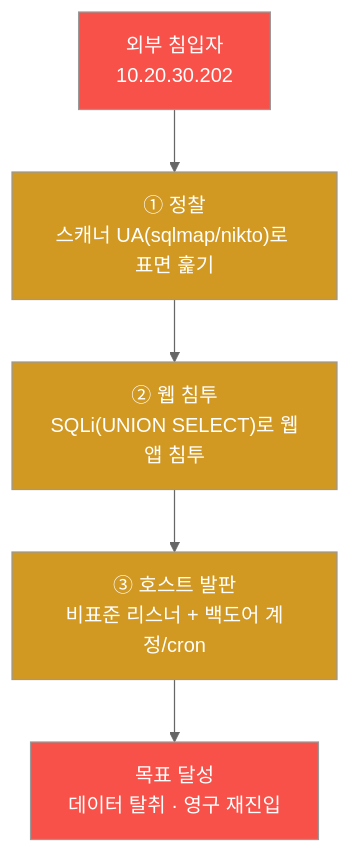
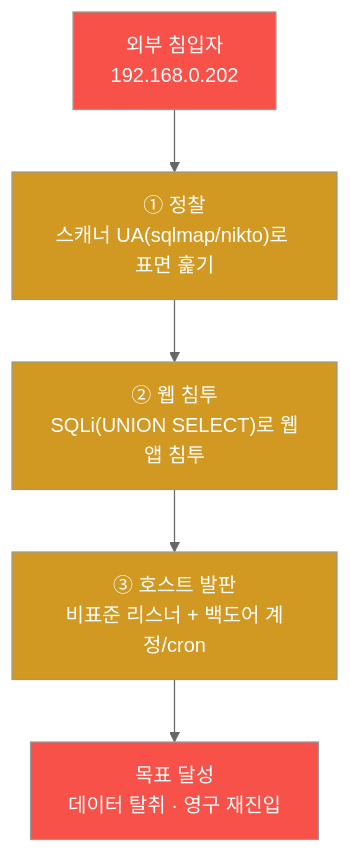
The first of 10 diagrams in contents/training/secuops/lecture_week08.md (mrgrit/tw2), drawn with Mermaid (neutral theme) before and after one commit. The commit also changed other lines of this file and 5 other files, not shown here.

````diff
--- a/contents/training/secuops/lecture_week08.md
+++ b/contents/training/secuops/lecture_week08.md
@@ -86,14 +86,14 @@
 ```mermaid
 graph TD
-    ATK["외부 침입자<br/>10.20.30.202"]
+    ATK["외부 침입자<br/>192.168.0.202"]
     S1["① 정찰<br/>스캐너 UA(sqlmap/nikto)로 표면 훑기"]
     S2["② 웹 침투<br/>SQLi(UNION SELECT)로 웹앱 침투"]
     S3["③ 호스트 발판<br/>비표준 리스너 + 백도어 계정/cron"]
     GOAL["목표 달성<br/>데이터 탈취 · 영구 재진입"]
     ATK --> S1 --> S2 --> S3 --> GOAL
     style ATK fill:#f85149,color:#fff
     style S1 fill:#d29922,color:#fff
     style S2 fill:#d29922,color:#fff
     style S3 fill:#d29922,color:#fff
     style GOAL fill:#f85149,color:#fff
 ```
````
